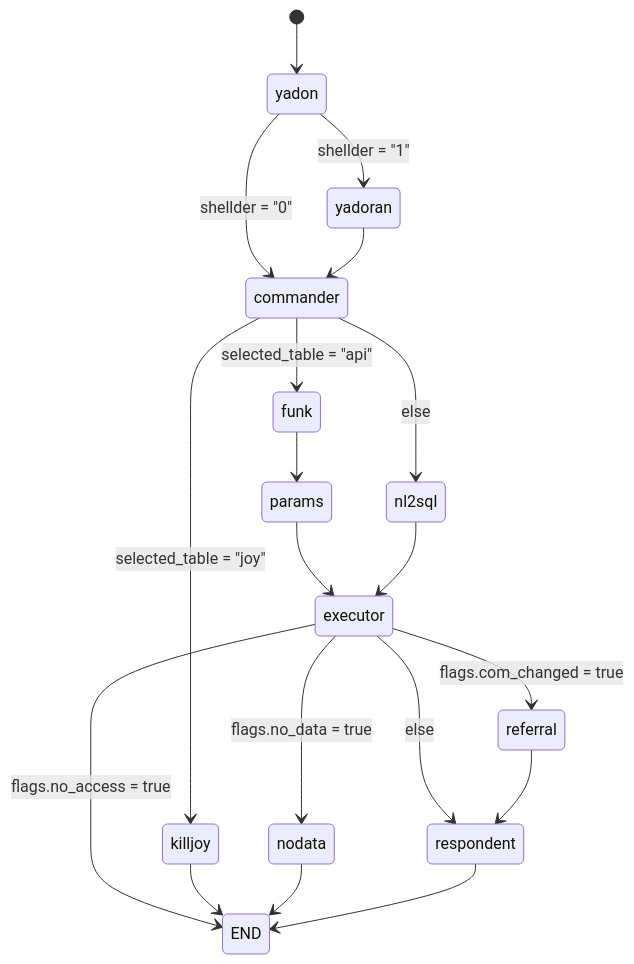
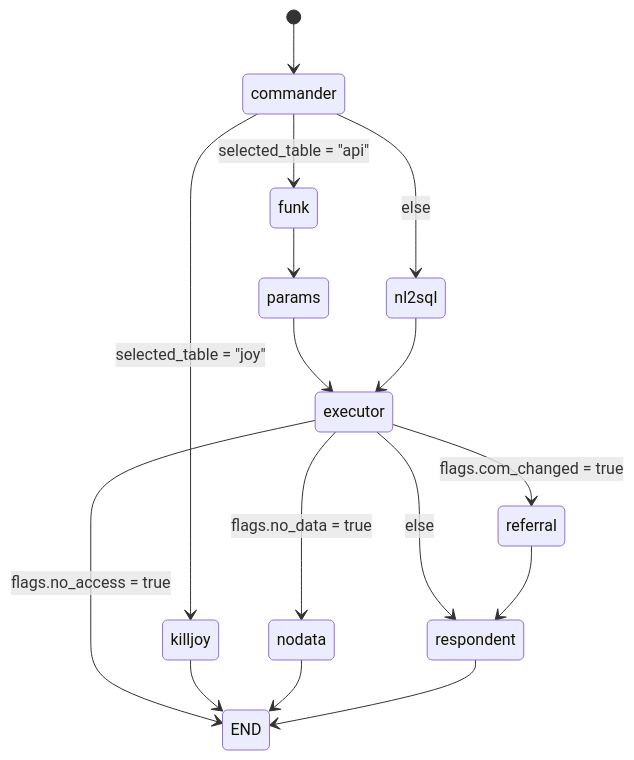
One commit to kangbw0420/QUVI changed the diagram in README.md. Above: the diagram before and after it, drawn with Mermaid. The commit also changed other lines of this file, not shown here.

Commit message:
bank name modify_was

````diff
--- a/README.md
+++ b/README.md
@@ -2,28 +7,23 @@
 ```mermaid
 stateDiagram-v2
-    [*] --> yadon
-    
-    yadon --> yadoran: shellder = "1"
-    yadon --> commander: shellder = "0"
-    
-    yadoran --> commander
+    [*] --> commander
     
     commander --> funk: selected_table = "api"
     commander --> killjoy: selected_table = "joy"
     commander --> nl2sql: else
     
     funk --> params
     params --> executor
     
     nl2sql --> executor
     
     executor --> END: flags.no_access = true
     executor --> nodata: flags.no_data = true
     executor --> referral: flags.com_changed = true
     executor --> respondent: else
     
     killjoy --> END
     nodata --> END
     referral --> respondent
     respondent --> END
 ```
````
